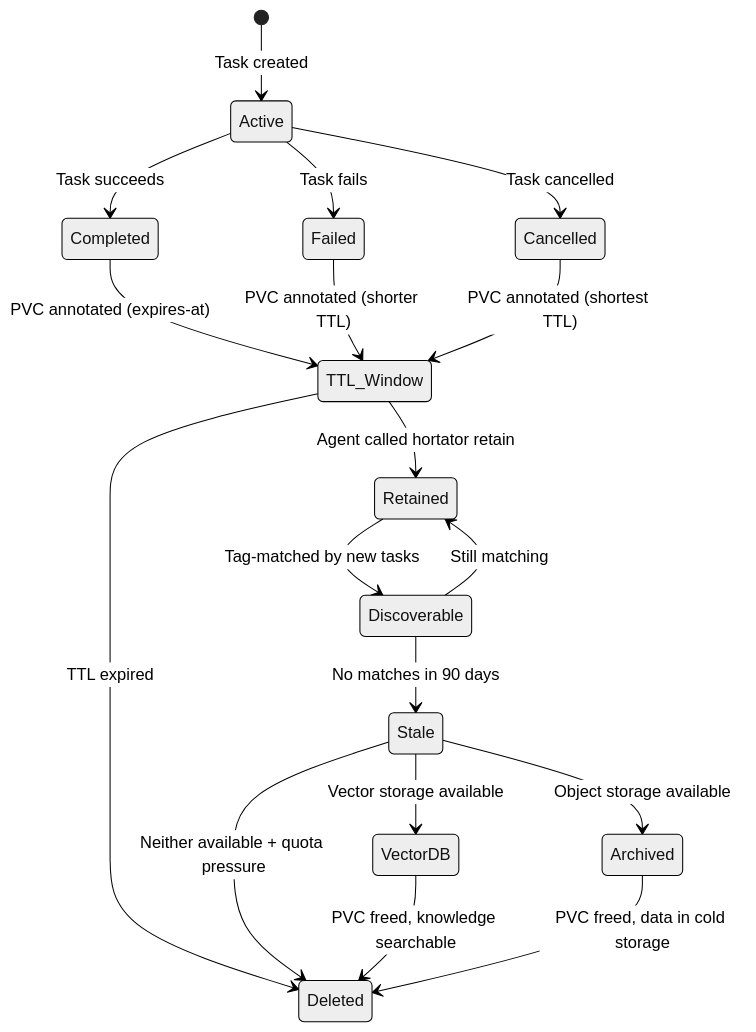
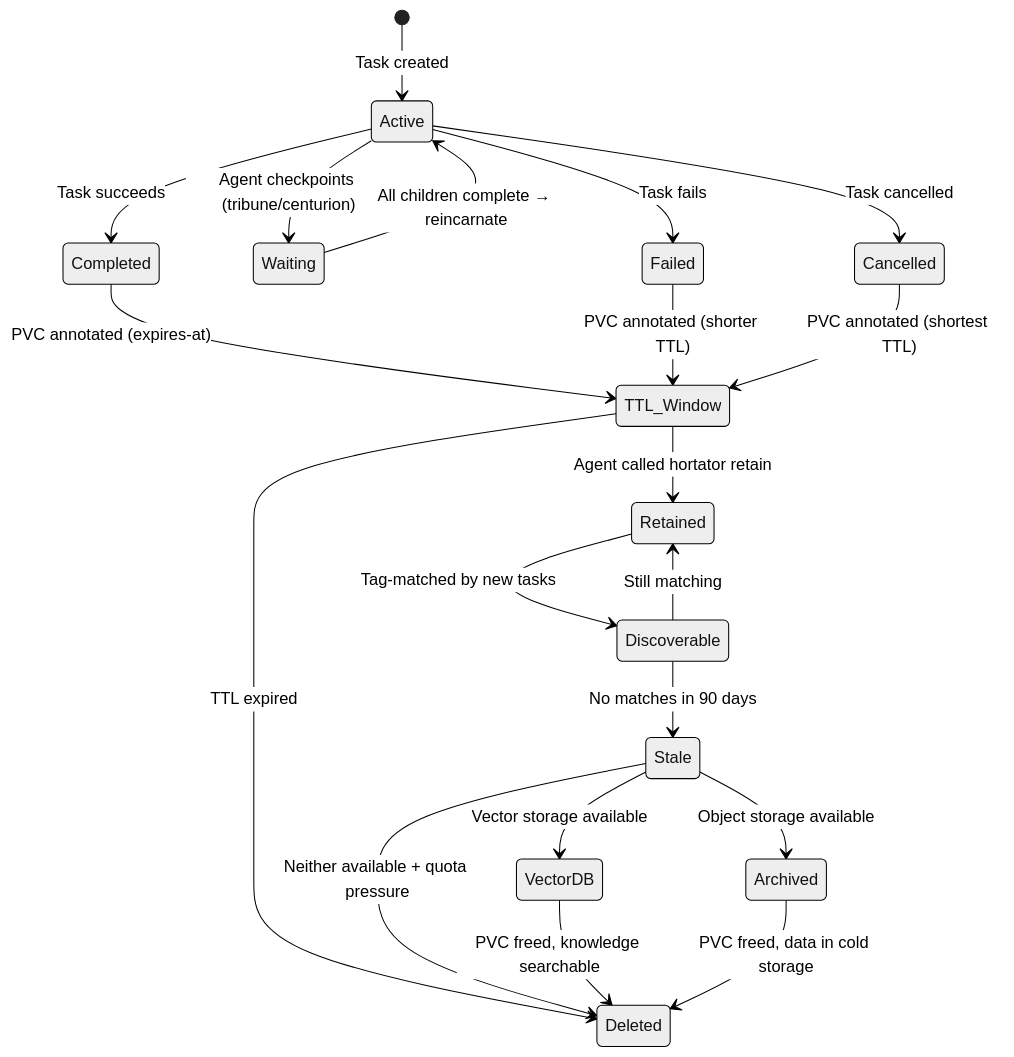
One commit to hortator-ai/Hortator changed the fourth of 4 diagrams in docs/architecture/overview.md. Above: the diagram before and after it, drawn with Mermaid (neutral theme). The commit also changed other lines of this file and 24 other files, not shown here.

````diff
--- a/docs/architecture/overview.md
+++ b/docs/architecture/overview.md
@@ -190,25 +191,28 @@
 ```mermaid
 stateDiagram-v2
     [*] --> Active: Task created
     Active --> Completed: Task succeeds
+    Active --> Waiting: Agent checkpoints (tribune/centurion)
     Active --> Failed: Task fails
     Active --> Cancelled: Task cancelled
+
+    Waiting --> Active: All children complete → reincarnate
     
     Completed --> TTL_Window: PVC annotated (expires-at)
     Failed --> TTL_Window: PVC annotated (shorter TTL)
     Cancelled --> TTL_Window: PVC annotated (shortest TTL)
     
     TTL_Window --> Deleted: TTL expired
     TTL_Window --> Retained: Agent called hortator retain
     
     Retained --> Discoverable: Tag-matched by new tasks
     Discoverable --> Retained: Still matching
     Discoverable --> Stale: No matches in 90 days
     
     Stale --> VectorDB: Vector storage available
     Stale --> Archived: Object storage available
     Stale --> Deleted: Neither available + quota pressure
     
     VectorDB --> Deleted: PVC freed, knowledge searchable
     Archived --> Deleted: PVC freed, data in cold storage
 ```
````
